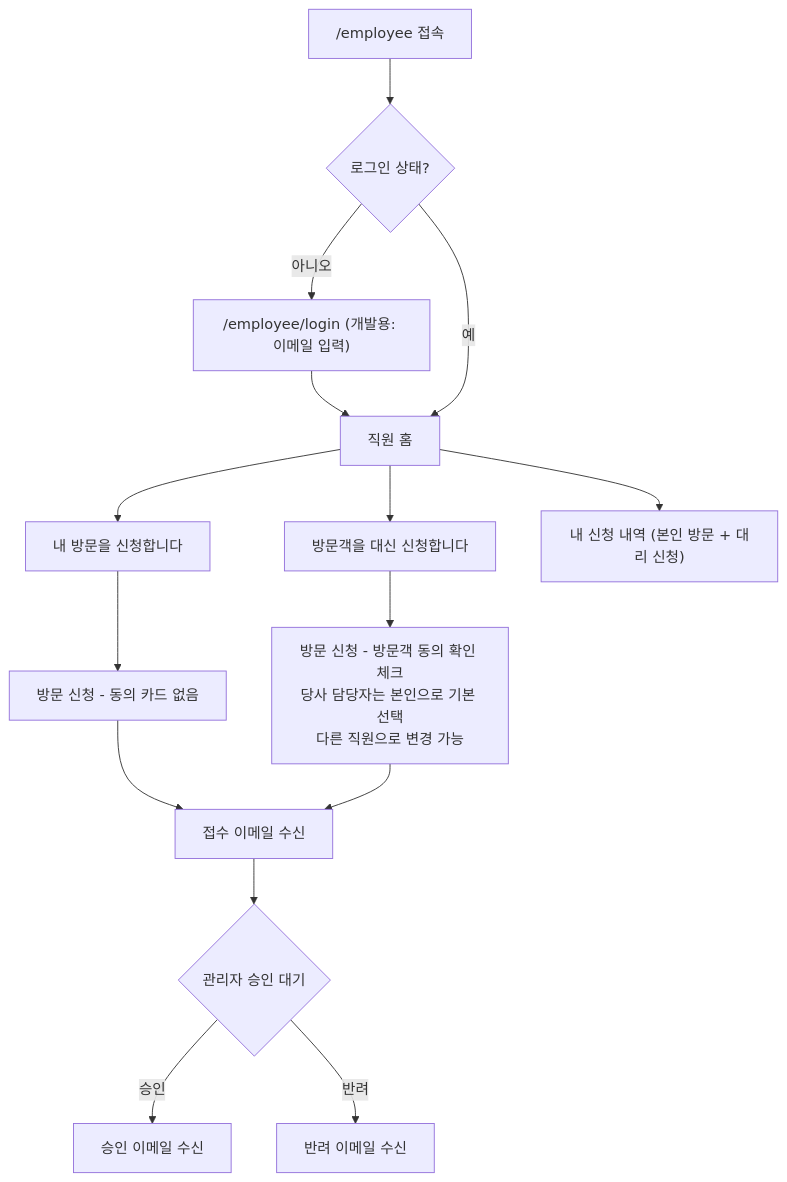
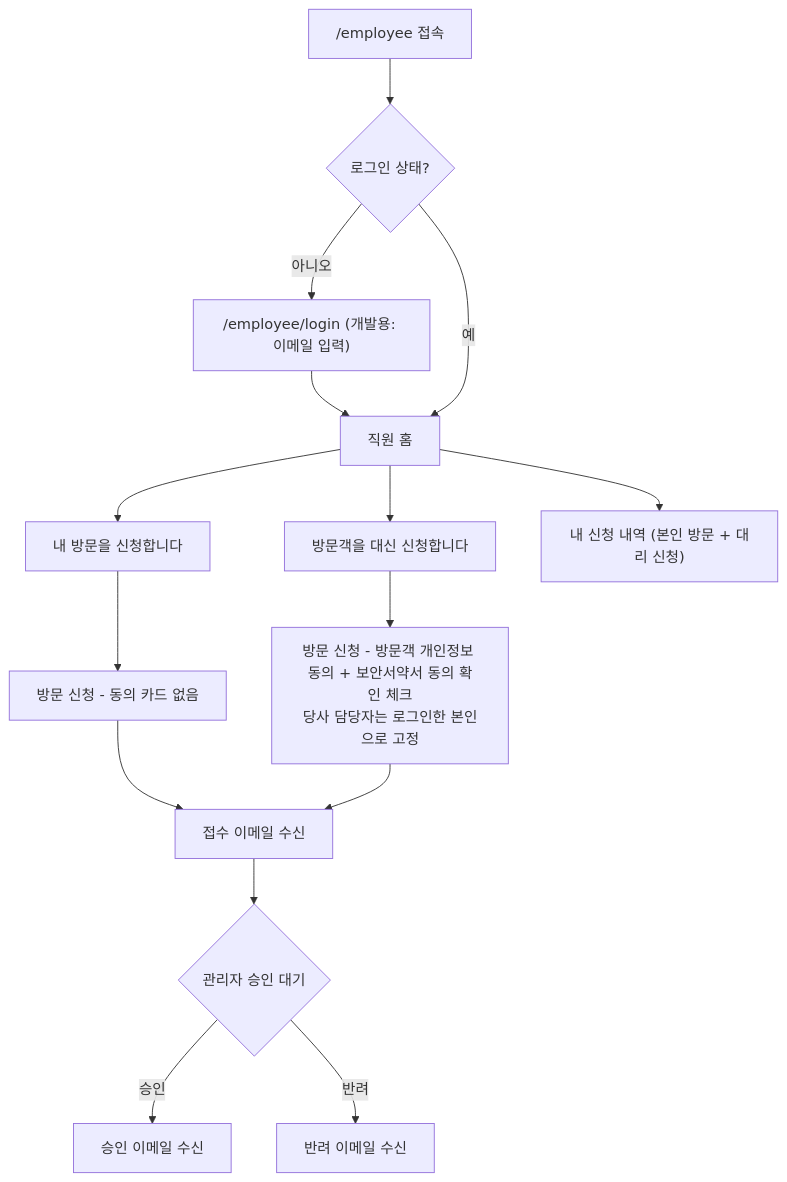
The second of 6 diagrams in README.md (leejyeone/ParkingSystem), drawn with Mermaid before and after one commit. The commit also changed other lines of this file, not shown here.

````diff
--- a/README.md
+++ b/README.md
@@ -299,17 +330,17 @@
 ```mermaid
 flowchart TD
     A["/employee 접속"] --> B{로그인 상태?}
     B -->|아니오| C["/employee/login (개발용: 이메일 입력)"]
     C --> D[직원 홈]
     B -->|예| D
     D --> E["내 방문을 신청합니다"]
     D --> F["방문객을 대신 신청합니다"]
     E --> G[방문 신청 - 동의 카드 없음]
-    F --> H[방문 신청 - 방문객 동의 확인 체크<br/>당사 담당자는 본인으로 기본 선택<br/>다른 직원으로 변경 가능]
+    F --> H[방문 신청 - 방문객 개인정보 동의 + 보안서약서 동의 확인 체크<br/>당사 담당자는 로그인한 본인으로 고정]
     G --> I[접수 이메일 수신]
     H --> I
     I --> J{관리자 승인 대기}
     J -->|승인| K[승인 이메일 수신]
     J -->|반려| L[반려 이메일 수신]
     D --> M["내 신청 내역 (본인 방문 + 대리 신청)"]
 ```
````
